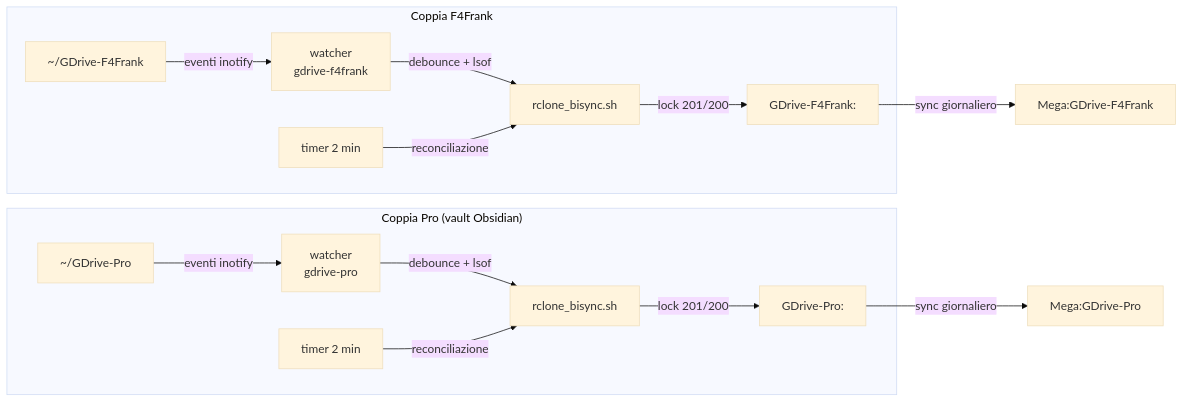
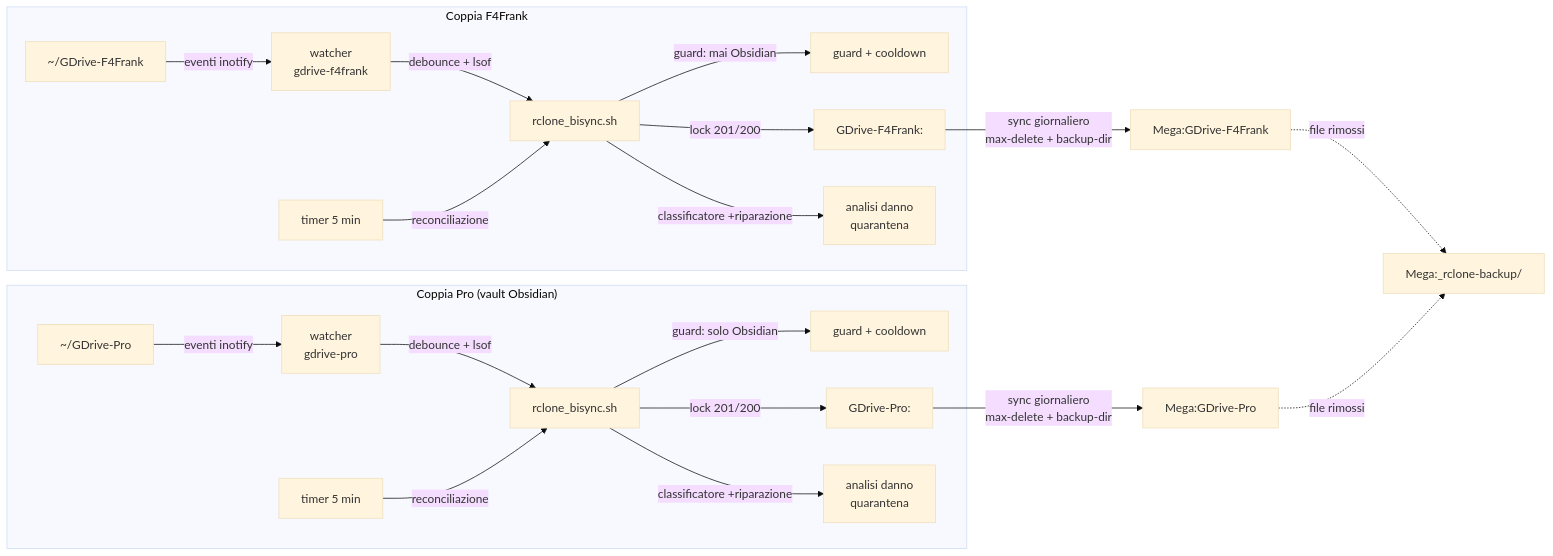
The first of 5 diagrams in AGENTS.md (frankelfokou/Rclone-Automation-Suite), drawn with Mermaid (base theme) before and after one commit. The commit also changed other lines of this file and 27 other files, not shown here.

````diff
--- a/AGENTS.md
+++ b/AGENTS.md
@@ -70,17 +90,23 @@
 ```mermaid
 flowchart LR
     subgraph P1["Coppia F4Frank"]
         L1["~/GDrive-F4Frank"] -->|"eventi inotify"| W1["watcher<br/>gdrive-f4frank"]
         W1 -->|"debounce + lsof"| B1["rclone_bisync.sh"]
-        T1["timer 2 min"] -->|"reconciliazione"| B1
+        T1["timer 5 min"] -->|"reconciliazione"| B1
+        B1 -->|"guard: mai Obsidian"| G1["guard + cooldown"]
         B1 -->|"lock 201/200"| R1["GDrive-F4Frank:"]
+        B1 -->|"classificatore +riparazione"| H1["analisi danno<br/>quarantena"]
     end
     subgraph P2["Coppia Pro (vault Obsidian)"]
         L2["~/GDrive-Pro"] -->|"eventi inotify"| W2["watcher<br/>gdrive-pro"]
         W2 -->|"debounce + lsof"| B2["rclone_bisync.sh"]
-        T2["timer 2 min"] -->|"reconciliazione"| B2
+        T2["timer 5 min"] -->|"reconciliazione"| B2
+        B2 -->|"guard: solo Obsidian"| G2["guard + cooldown"]
         B2 -->|"lock 201/200"| R2["GDrive-Pro:"]
+        B2 -->|"classificatore +riparazione"| H2["analisi danno<br/>quarantena"]
     end
-    R1 -->|"sync giornaliero"| M1["Mega:GDrive-F4Frank"]
-    R2 -->|"sync giornaliero"| M2["Mega:GDrive-Pro"]
+    R1 -->|"sync giornaliero<br/>max-delete + backup-dir"| M1["Mega:GDrive-F4Frank"]
+    R2 -->|"sync giornaliero<br/>max-delete + backup-dir"| M2["Mega:GDrive-Pro"]
+    M1 -.->|"file rimossi"| MB["Mega:_rclone-backup/"]
+    M2 -.->|"file rimossi"| MB
 ```
````
